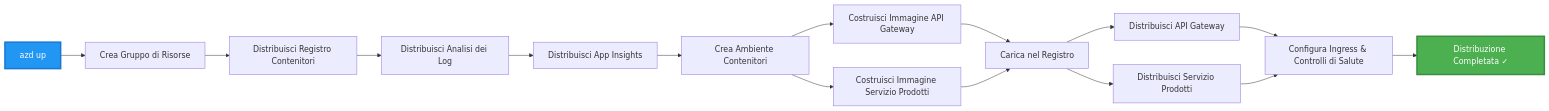
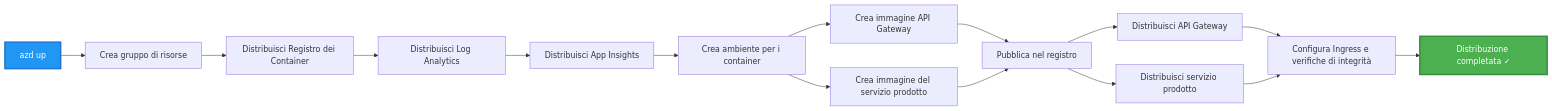
The third of 4 diagrams in translations/it/examples/microservices/README.md (microsoft/AZD-for-beginners), drawn with Mermaid before and after one commit. The commit also changed other lines of this file and 242 other files, not shown here.

````diff
--- a/translations/it/examples/microservices/README.md
+++ b/translations/it/examples/microservices/README.md
@@ -242,20 +233,20 @@
 ```mermaid
 graph LR
-    A[azd up] --> B[Crea Gruppo di Risorse]
-    B --> C[Distribuisci Registro Contenitori]
-    C --> D[Distribuisci Analisi dei Log]
+    A[azd up] --> B[Crea gruppo di risorse]
+    B --> C[Distribuisci Registro dei Container]
+    C --> D[Distribuisci Log Analytics]
     D --> E[Distribuisci App Insights]
-    E --> F[Crea Ambiente Contenitori]
-    F --> G[Costruisci Immagine API Gateway]
-    F --> H[Costruisci Immagine Servizio Prodotti]
-    G --> I[Carica nel Registro]
+    E --> F[Crea ambiente per i container]
+    F --> G[Crea immagine API Gateway]
+    F --> H[Crea immagine del servizio prodotto]
+    G --> I[Pubblica nel registro]
     H --> I
     I --> J[Distribuisci API Gateway]
-    I --> K[Distribuisci Servizio Prodotti]
-    J --> L[Configura Ingress & Controlli di Salute]
+    I --> K[Distribuisci servizio prodotto]
+    J --> L[Configura Ingress e verifiche di integrità]
     K --> L
-    L --> M[Distribuzione Completata ✓]
+    L --> M[Distribuzione completata ✓]
     
     style A fill:#2196F3,stroke:#1976D2,stroke-width:3px,color:#fff
     style M fill:#4CAF50,stroke:#388E3C,stroke-width:3px,color:#fff
 ```
````
